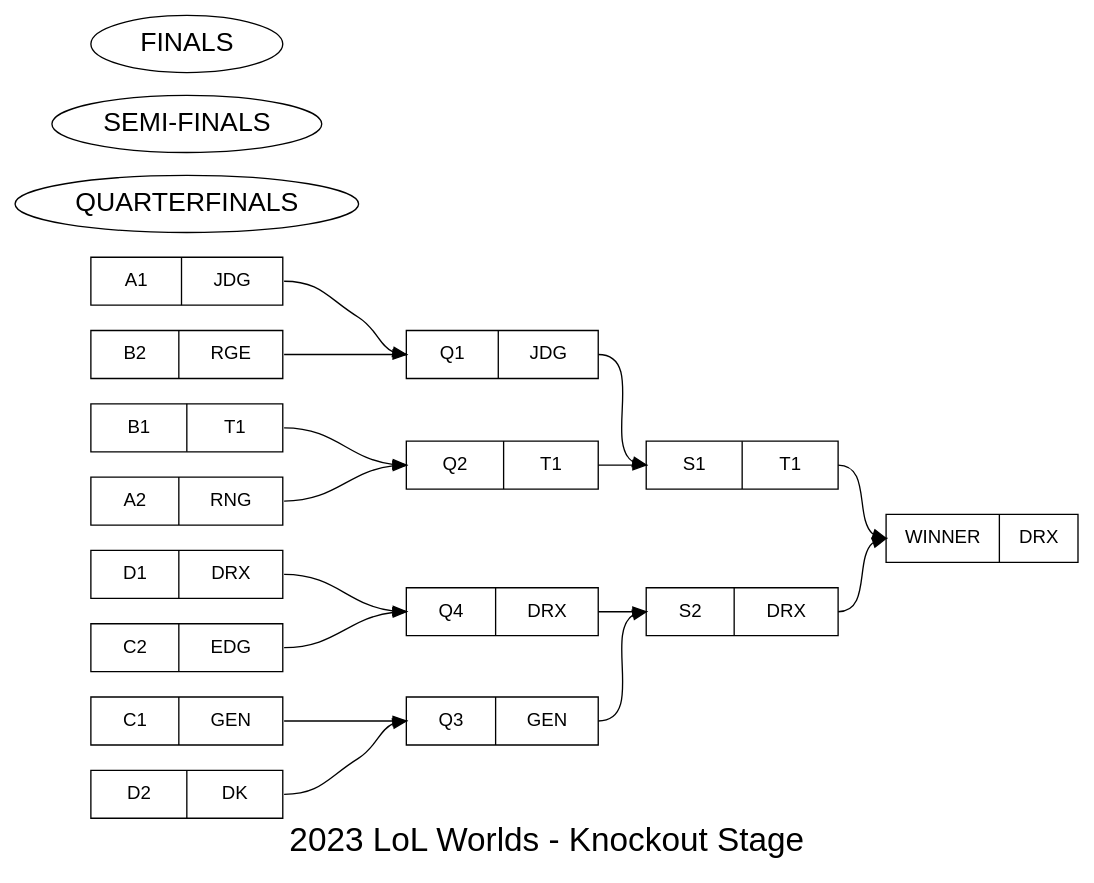
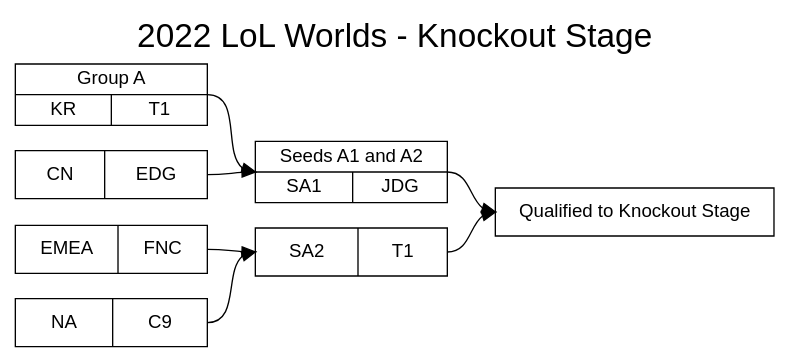
Before and after one commit to SzeWaiHo/UCDPA-SzeWaiHo: the diagram in Source.gv, drawn with Graphviz. The commit also changed 9 other files, not shown here.

Commit message:
knockout and swiss round graphs complete

```diff
--- a/Source.gv
+++ b/Source.gv
@@ -1,63 +1,50 @@
 
-digraph sportsbracket {
+digraph brackets {
 
-#direction is downwards
+# direction is downwards
 rankdir=LR
 
-#set graph attributes
-graph [label="2023 LoL Worlds - Knockout Stage", fontname = "Helvetica", fontsize = 25]
-
-#node [shape=box, width=2]
-
+# setting graph title
+    // title
+    labelloc="t";
+    label="2022 LoL Worlds - Knockout Stage";
+    fontname = "Helvetica";
+    fontsize = 25;
+    
+# setting alignment and node,edge attributes    
 node [shape=box, width=2, style=invis, label="",fontname = "Helvetica"]
 edge [style=invis]
 
 node [style=solid, fontname = "Helvetica"]
 edge [style=solid]
 
-r1a [shape = record, label = "{A1|JDG}"]
-r1b [shape = record, label = "{B2|RGE}"]
-r1c [shape = record, label = "{B1|T1}"]
-r1d [shape = record, label = "{A2|RNG}"]
-r1e [shape = record, label = "{C1|GEN}"]
-r1f [shape = record, label = "{D2|DK}"]
-r1g [shape = record, label = "{D1|DRX}"]
-r1h [shape = record, label = "{C2|EDG}"]
+
+# ===== Quarter Finals =====
+r1a [shape = record, label = "{Group A}|{KR|T1}",bgcolor="lightgreen"] 
+r1b [shape = record, label = "{CN|EDG}"]
+r1c [shape = record, label = "{EMEA|FNC}"]
+r1d [shape = record, label = "{NA|C9}"]
 
 
+# ===== Semi Finals =====
+r2a [shape = record, label = "{Seeds A1 and A2}|{SA1|JDG}"]
+r2b [shape = record, label = "{SA2|T1}"]
 
-r2a [shape = record, label = "{Q1|JDG}"]
-r2b [shape = record, label = "{Q2|T1}"]
-r2c [shape = record, label = "{Q3|GEN}"]
-r2d [shape = record, label = "{Q4|DRX}"]
+# ===== Qualifies to Knockout Stage
+r3a [shape = record, label = "Qualified to Knockout Stage"]
 
 
-r3a [shape = record, label = "{S1|T1}"]
-r3b [shape = record, label = "{S2|DRX}"]
-
-r4a [shape = record, label = "{WINNER|DRX}"]
-
-rQ [shape = oval, label = "QUARTERFINALS", fontsize = 20]
-
-rS [shape = oval, label = "SEMI-FINALS", fontsize = 20]
-
-rF [shape = oval, label = "FINALS", fontsize = 20]
-
+# ===== Setting arrows =====
 r1a:e->r2a:w
 r1b:e->r2a:w
 r1c:e->r2b:w
 r1d:e->r2b:w
-r1e:e->r2c:w
-r1f:e->r2c:w
-r1g:e->r2d:w
-r1h:e->r2d:w
 
 r2a:e->r3a:w
 r2b:e->r3a:w
-r2c:e->r3b:w
-r2d:e->r3b:w
 
-r3a:e->r4a:w
-r3b:e->r4a:w
+
+
+
 
 }
```
